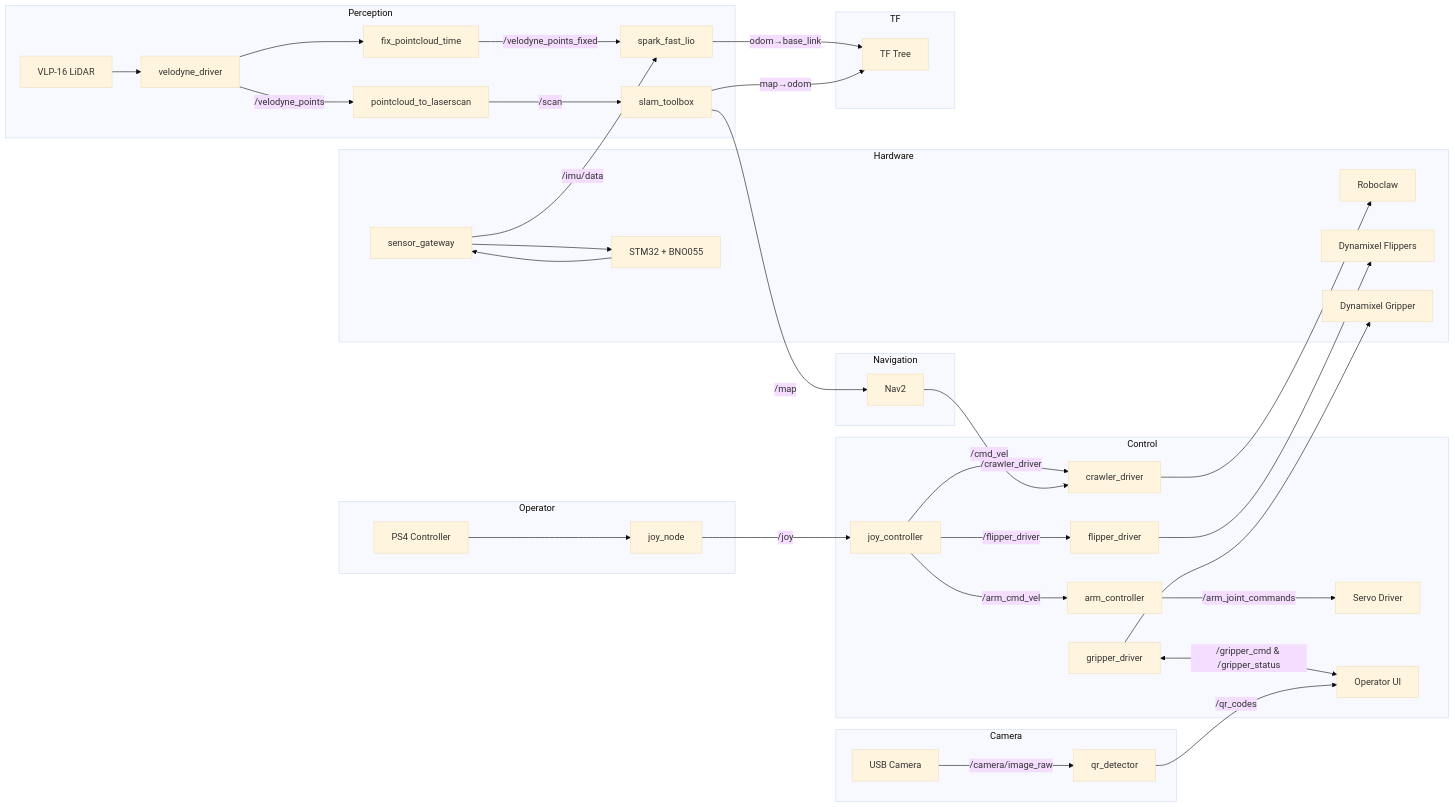
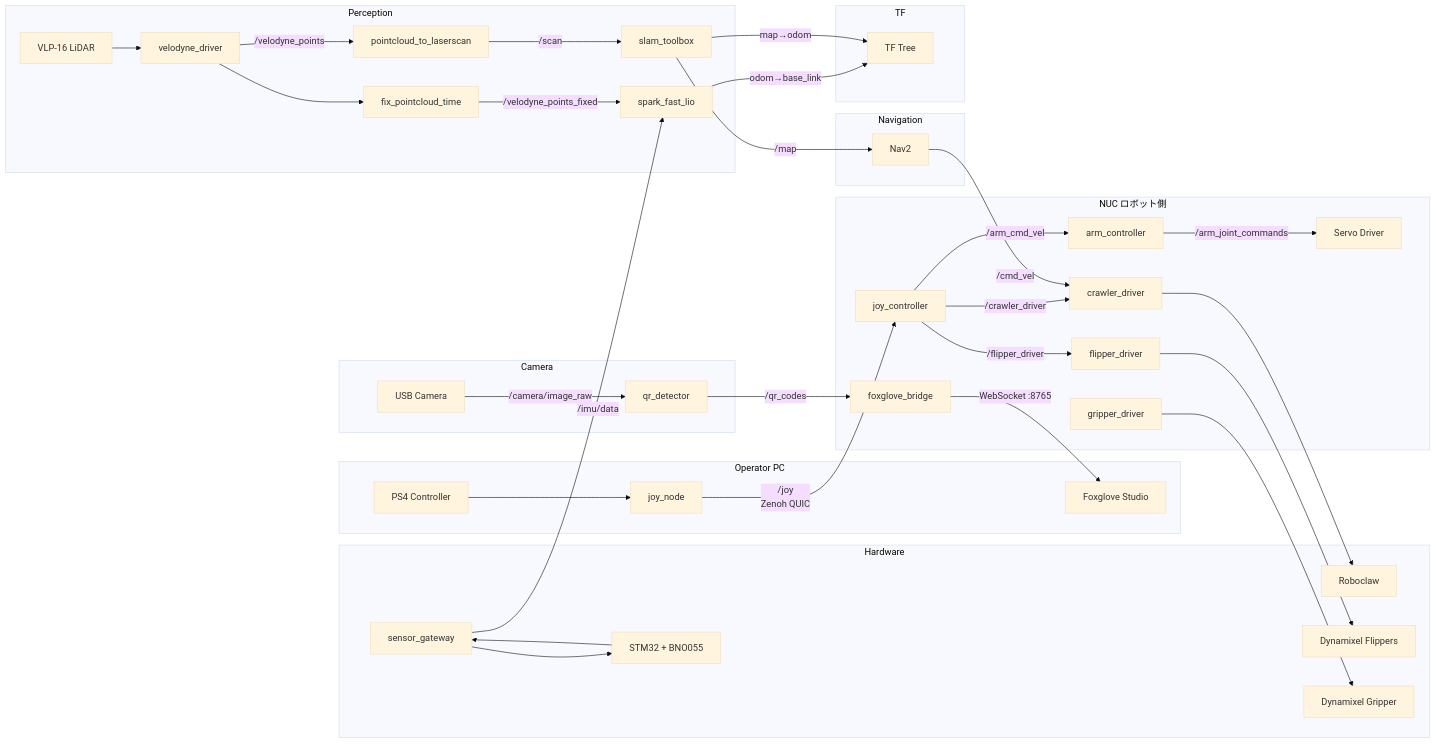
The diagram in docs/ARCHITECTURE.md (lazytatzv/rustacean_roborescue), drawn with Mermaid (base theme) before and after one commit. The commit also changed other lines of this file and 3 other files, not shown here.

````diff
--- a/docs/ARCHITECTURE.md
+++ b/docs/ARCHITECTURE.md
@@ -720,45 +760,49 @@
 ```mermaid
 graph LR
-  subgraph Operator
+  subgraph Operator PC
     PS4[PS4 Controller] --> joy_node
+    Foxglove[Foxglove Studio]
   end
 
-  subgraph Control
-    joy_node -->|/joy| joy_controller
+  joy_node -->|/joy<br>Zenoh QUIC| joy_controller
+  foxglove_bridge -->|WebSocket :8765| Foxglove
+
+  subgraph NUC[NUC ロボット側]
+    foxglove_bridge[foxglove_bridge]
     joy_controller -->|/crawler_driver| crawler_driver
     joy_controller -->|/flipper_driver| flipper_driver
     joy_controller -->|/arm_cmd_vel| arm_controller
     arm_controller -->|/arm_joint_commands| servo_driver[Servo Driver]
-    gripper_driver <-->|/gripper_cmd & /gripper_status| operator_ui[Operator UI]
+    gripper_driver
   end
 
   subgraph Hardware
     crawler_driver --> Roboclaw
     flipper_driver --> Dynamixel_F[Dynamixel Flippers]
     gripper_driver --> Dynamixel_G[Dynamixel Gripper]
     sensor_gateway --> STM32[STM32 + BNO055]
   end
 
   subgraph Perception
     VLP16[VLP-16 LiDAR] --> velodyne_driver --> fix_time[fix_pointcloud_time]
     fix_time -->|/velodyne_points_fixed| spark_fast_lio
     STM32 --> sensor_gateway -->|/imu/data| spark_fast_lio
     velodyne_driver -->|/velodyne_points| p2l[pointcloud_to_laserscan]
     p2l -->|/scan| slam_toolbox
   end
 
   subgraph Navigation
     slam_toolbox -->|/map| Nav2
     Nav2 -->|/cmd_vel| crawler_driver
   end
 
   subgraph Camera
     USB_CAM[USB Camera] -->|/camera/image_raw| qr_detector
-    qr_detector -->|/qr_codes| operator_ui
+    qr_detector -->|/qr_codes| foxglove_bridge
   end
 
   subgraph TF
     spark_fast_lio -->|odom→base_link| tf_tree[TF Tree]
     slam_toolbox -->|map→odom| tf_tree
   end
 ```
````
